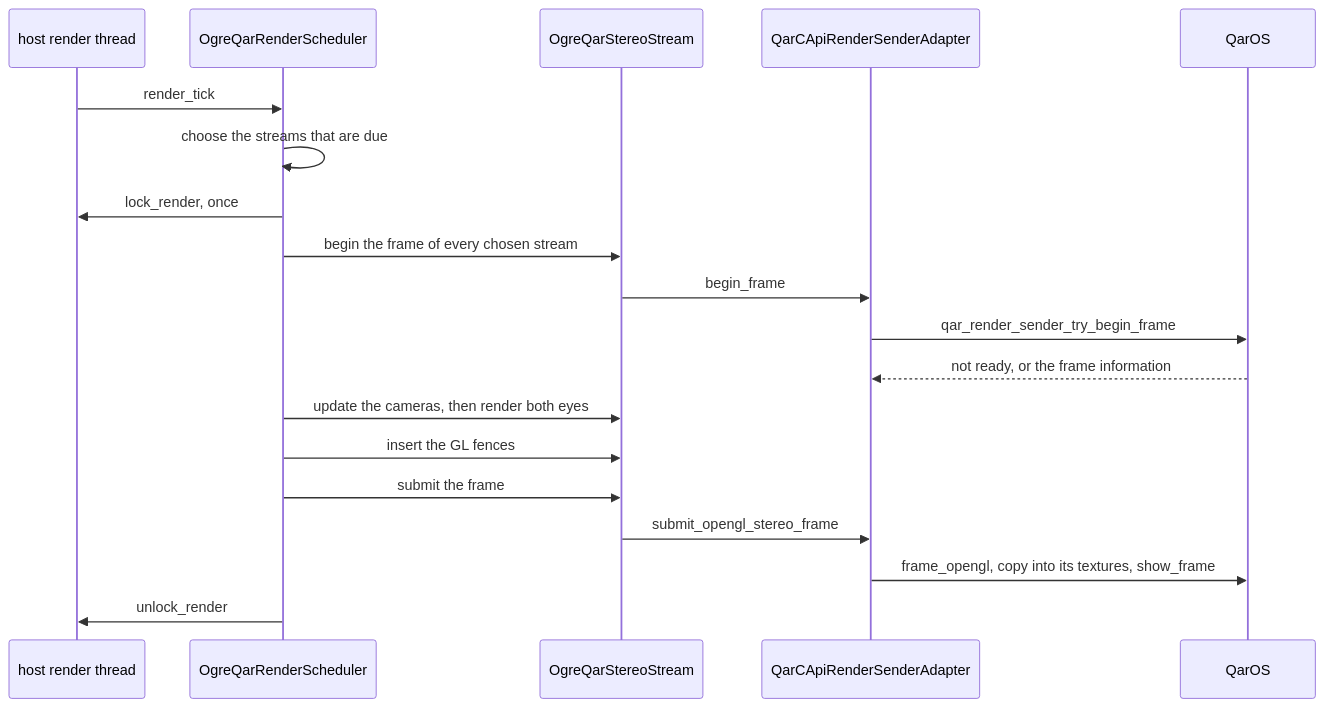
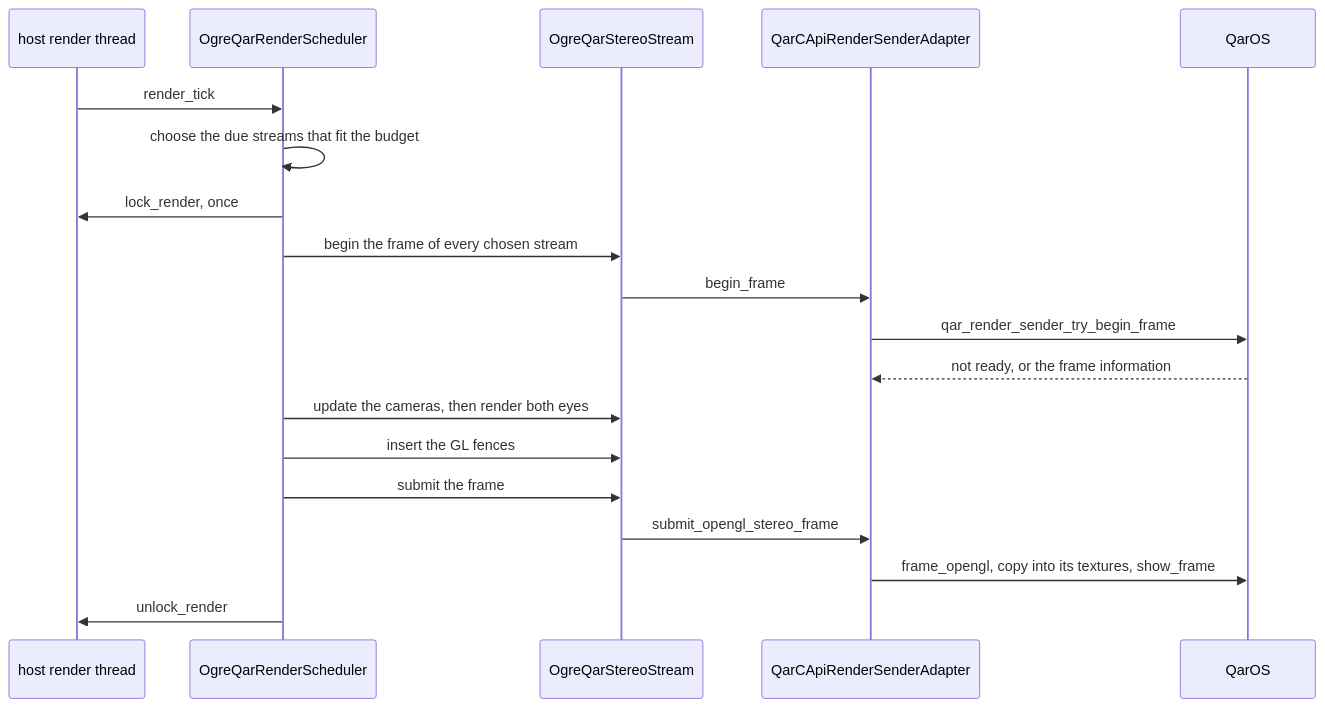
The second of 2 diagrams in docs/ARCHITECTURE.md (Quaternar/qaros-ogre), drawn with Mermaid before and after one commit. The commit also changed other lines of this file and 12 other files, not shown here.

````diff
--- a/docs/ARCHITECTURE.md
+++ b/docs/ARCHITECTURE.md
@@ -65,21 +65,21 @@
 ```mermaid
 sequenceDiagram
   participant H as host render thread
   participant S as OgreQarRenderScheduler
   participant T as OgreQarStereoStream
   participant A as QarCApiRenderSenderAdapter
   participant Q as QarOS
   H->>S: render_tick
-  S->>S: choose the streams that are due
+  S->>S: choose the due streams that fit the budget
   S->>H: lock_render, once
   S->>T: begin the frame of every chosen stream
   T->>A: begin_frame
   A->>Q: qar_render_sender_try_begin_frame
   Q-->>A: not ready, or the frame information
   S->>T: update the cameras, then render both eyes
   S->>T: insert the GL fences
   S->>T: submit the frame
   T->>A: submit_opengl_stereo_frame
   A->>Q: frame_opengl, copy into its textures, show_frame
   S->>H: unlock_render
 ```
````
